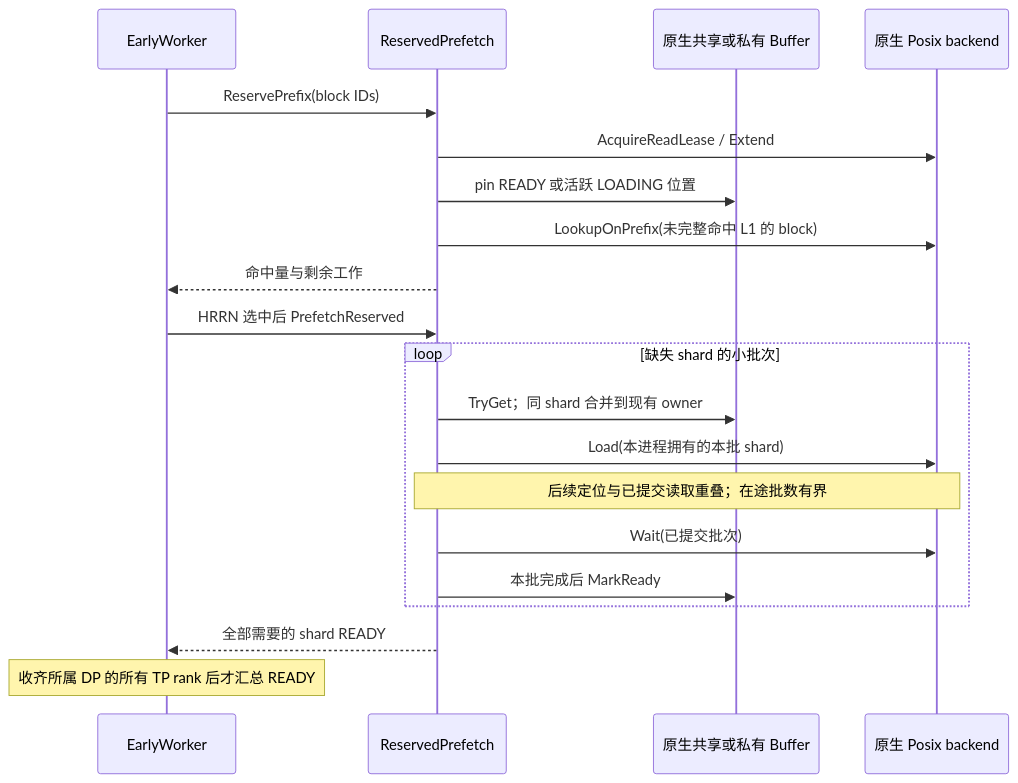
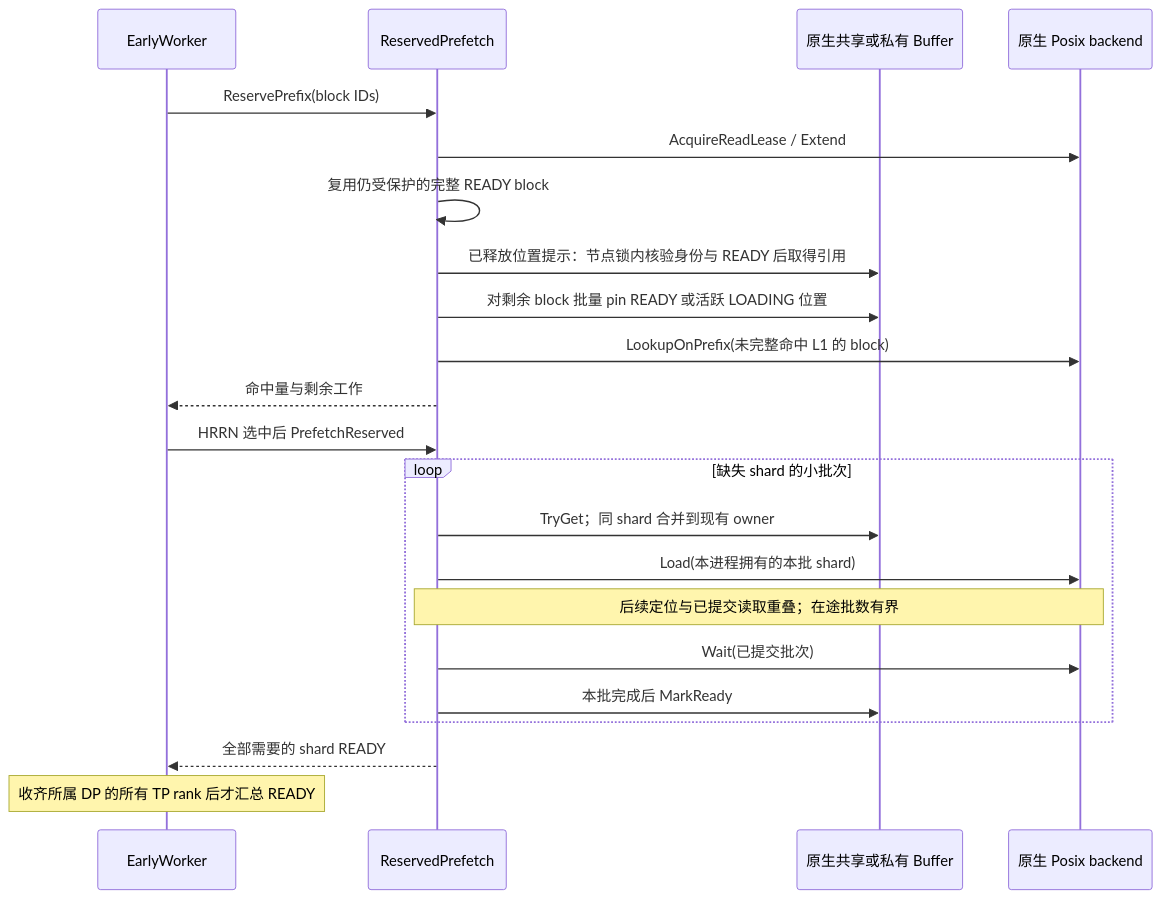
One commit to StorTecDev/ucm-prefetch changed the first of 2 diagrams in docs/EARLY_PREFETCH_DESIGN.md. Above: the diagram before and after it, drawn with Mermaid. The commit also changed other lines of this file and 1 other file, not shown here.

````diff
--- a/docs/EARLY_PREFETCH_DESIGN.md
+++ b/docs/EARLY_PREFETCH_DESIGN.md
@@ -47,22 +72,24 @@
 ```mermaid
 sequenceDiagram
     participant W as EarlyWorker
     participant R as ReservedPrefetch
     participant B as 原生共享或私有 Buffer
     participant P as 原生 Posix backend
     W->>R: ReservePrefix(block IDs)
     R->>P: AcquireReadLease / Extend
-    R->>B: pin READY 或活跃 LOADING 位置
+    R->>R: 复用仍受保护的完整 READY block
+    R->>B: 已释放位置提示：节点锁内核验身份与 READY 后取得引用
+    R->>B: 对剩余 block 批量 pin READY 或活跃 LOADING 位置
     R->>P: LookupOnPrefix(未完整命中 L1 的 block)
     R-->>W: 命中量与剩余工作
     W->>R: HRRN 选中后 PrefetchReserved
     loop 缺失 shard 的小批次
         R->>B: TryGet；同 shard 合并到现有 owner
         R->>P: Load(本进程拥有的本批 shard)
         Note over R,P: 后续定位与已提交读取重叠；在途批数有界
         R->>P: Wait(已提交批次)
         R->>B: 本批完成后 MarkReady
     end
     R-->>W: 全部需要的 shard READY
     Note over W: 收齐所属 DP 的所有 TP rank 后才汇总 READY
 ```
````
